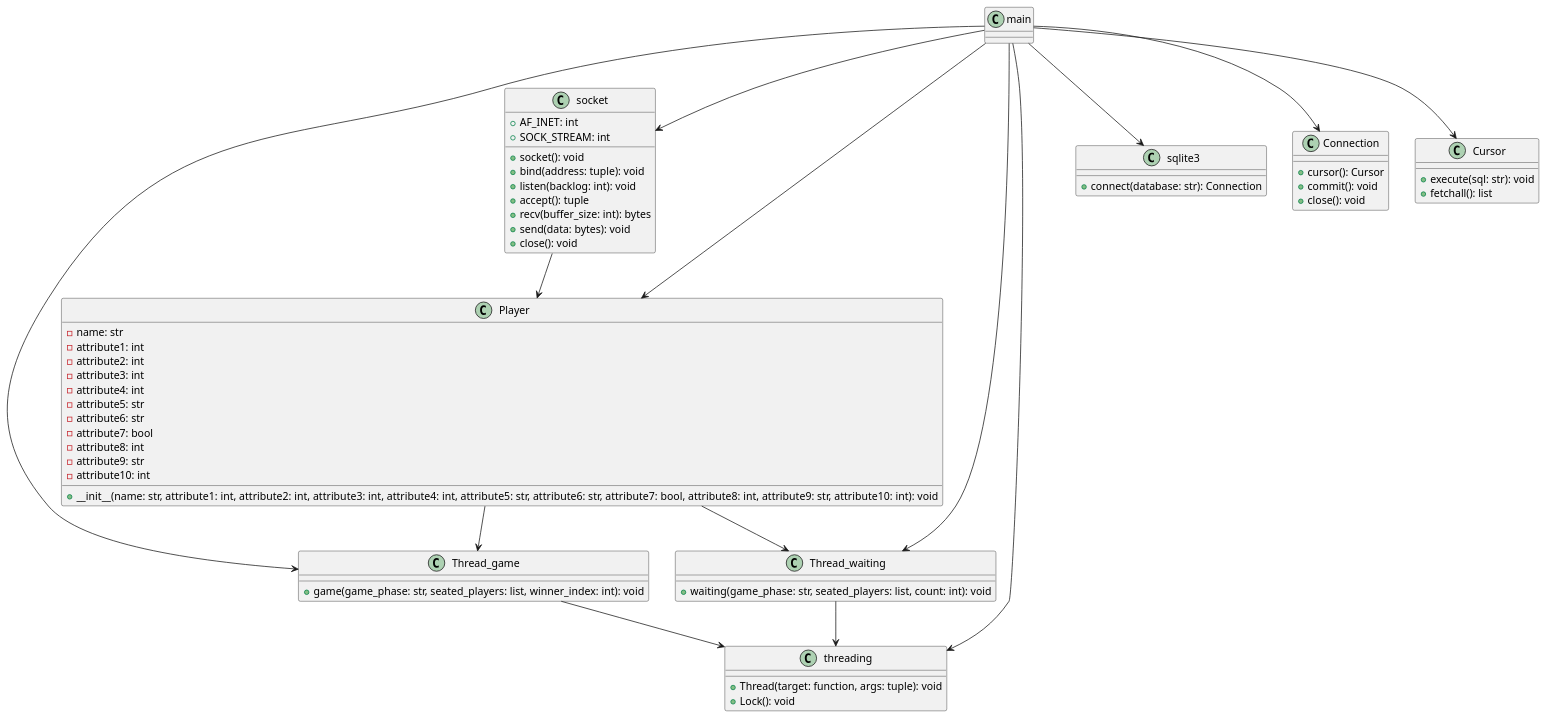
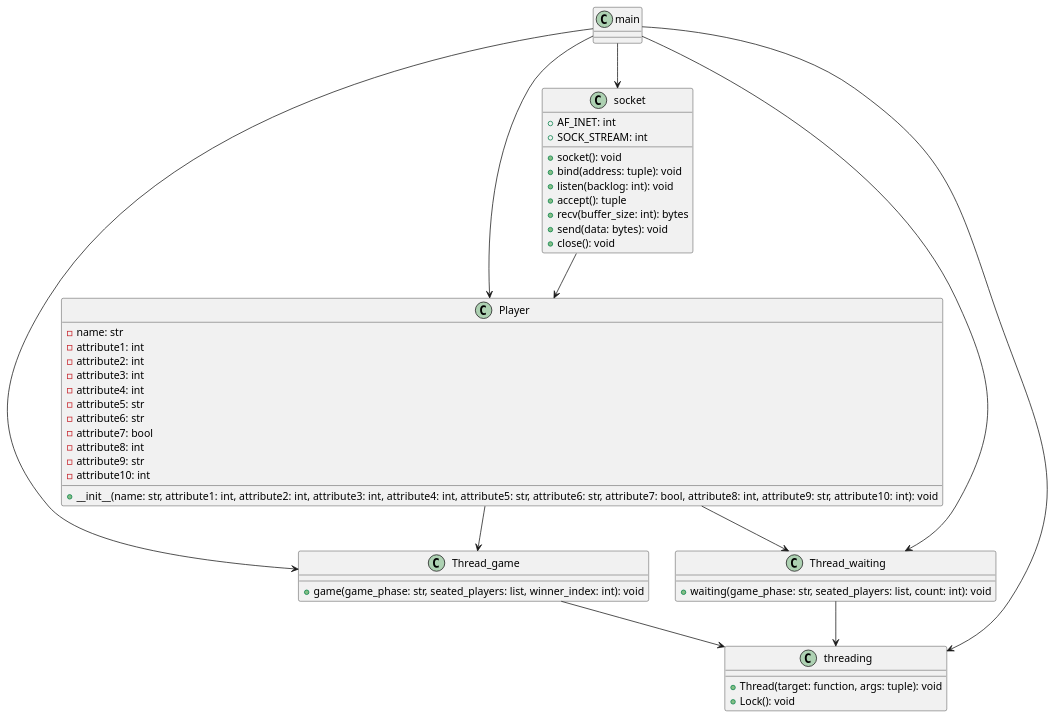
Before and after one commit to AlessandroPiacentini/poker_tecnologie: the diagram in docs/uml/ClassDiagram.puml, drawn with PlantUML. The commit also changed 4 other files, not shown here.

Commit message:
generati gli out uml

```diff
--- a/docs/uml/ClassDiagram.puml
+++ b/docs/uml/ClassDiagram.puml
@@ -1,72 +1,57 @@
 @startuml ClassDiagramPoker
 
 class socket {
     + AF_INET: int
     + SOCK_STREAM: int
     + socket(): void
     + bind(address: tuple): void
     + listen(backlog: int): void
     + accept(): tuple
     + recv(buffer_size: int): bytes
     + send(data: bytes): void
     + close(): void
 }
 
 class Player {
     - name: str
     - attribute1: int
     - attribute2: int
     - attribute3: int
     - attribute4: int
     - attribute5: str
     - attribute6: str
     - attribute7: bool
     - attribute8: int
     - attribute9: str
     - attribute10: int
     + __init__(name: str, attribute1: int, attribute2: int, attribute3: int, attribute4: int, attribute5: str, attribute6: str, attribute7: bool, attribute8: int, attribute9: str, attribute10: int): void
 }
 
 class Thread_game {
     + game(game_phase: str, seated_players: list, winner_index: int): void
 }
 
 class Thread_waiting {
     + waiting(game_phase: str, seated_players: list, count: int): void
 }
 
 class threading {
     + Thread(target: function, args: tuple): void
     + Lock(): void
 }
 
-class sqlite3 {
-    + connect(database: str): Connection
-}
 
-class Connection {
-    + cursor(): Cursor
-    + commit(): void
-    + close(): void
-}
 
-class Cursor {
-    + execute(sql: str): void
-    + fetchall(): list
-}
 
 socket --> Player
 Player --> Thread_game
 Player --> Thread_waiting
 Thread_game --> threading
 Thread_waiting --> threading
 main --> socket
 main --> Player
 main --> Thread_game
 main --> Thread_waiting
 main --> threading
-main --> sqlite3
-main --> Connection
-main --> Cursor
 
 @enduml
```
